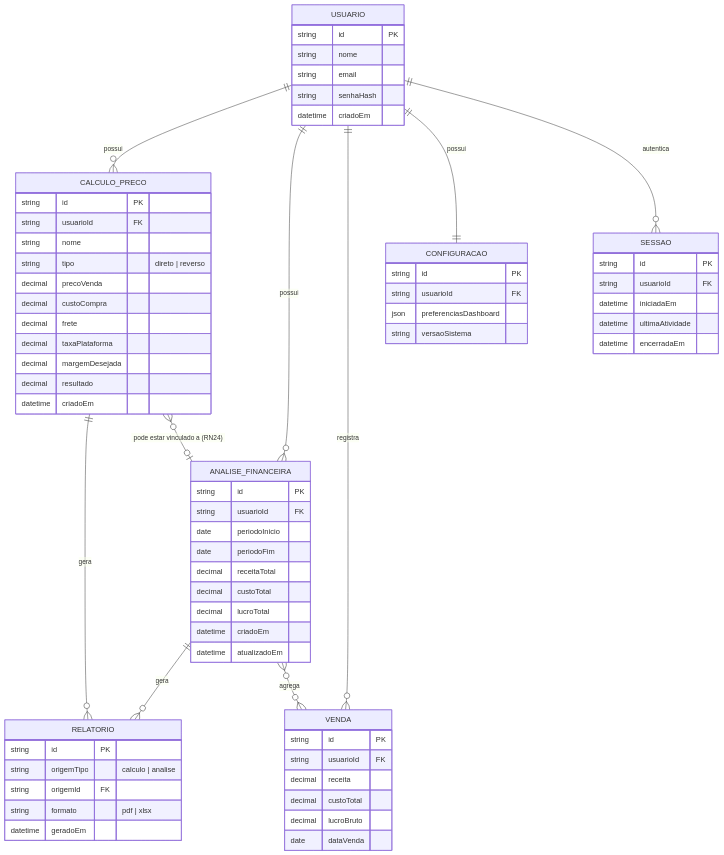
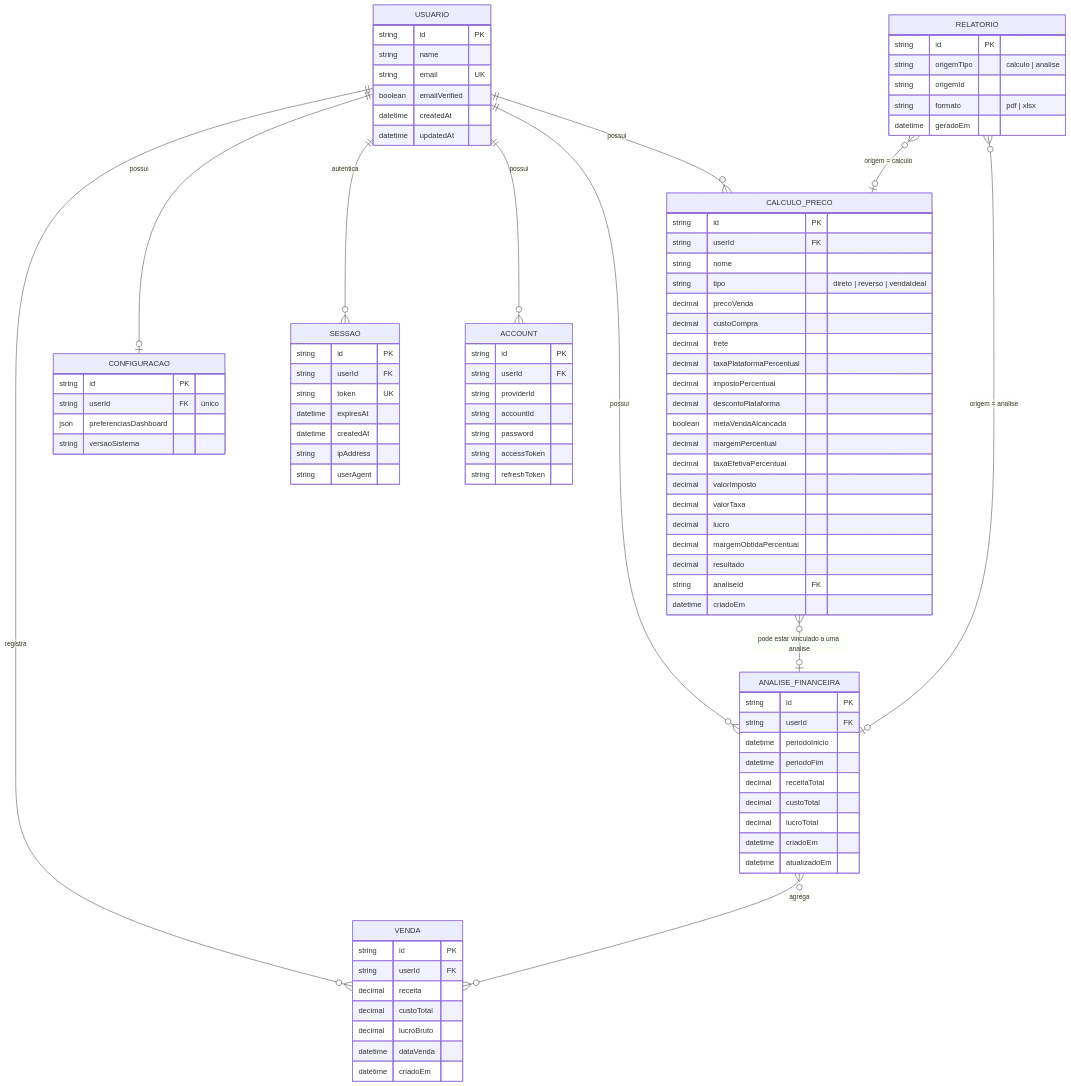
The diagram in docs/modelo-de-dados-mer.md (arianearchanjo/loja-automotiva), drawn with Mermaid before and after one commit. The commit also changed other lines of this file and 13 other files, not shown here.

```diff
--- a/docs/modelo-de-dados-mer.md
+++ b/docs/modelo-de-dados-mer.md
@@ -16,57 +16,81 @@
     USUARIO ||--o{ CALCULO_PRECO : possui
     USUARIO ||--o{ ANALISE_FINANCEIRA : possui
     USUARIO ||--o{ VENDA : registra
-    USUARIO ||--|| CONFIGURACAO : possui
+    USUARIO ||--o| CONFIGURACAO : possui
     USUARIO ||--o{ SESSAO : autentica
-    CALCULO_PRECO ||--o{ RELATORIO : gera
-    ANALISE_FINANCEIRA ||--o{ RELATORIO : gera
+    USUARIO ||--o{ ACCOUNT : possui
     ANALISE_FINANCEIRA }o--o{ VENDA : agrega
-    CALCULO_PRECO }o--o| ANALISE_FINANCEIRA : "pode estar vinculado a (RN24)"
+    CALCULO_PRECO }o--o| ANALISE_FINANCEIRA : "pode estar vinculado a uma analise"
+    RELATORIO }o--o| CALCULO_PRECO : "origem = calculo"
+    RELATORIO }o--o| ANALISE_FINANCEIRA : "origem = analise"
 
     USUARIO {
         string id PK
-        string nome
-        string email
-        string senhaHash
-        datetime criadoEm
+        string name
+        string email UK
+        boolean emailVerified
+        datetime createdAt
+        datetime updatedAt
     }
 
     SESSAO {
         string id PK
-        string usuarioId FK
-        datetime iniciadaEm
-        datetime ultimaAtividade
-        datetime encerradaEm
+        string userId FK
+        string token UK
+        datetime expiresAt
+        datetime createdAt
+        string ipAddress
+        string userAgent
+    }
+
+    ACCOUNT {
+        string id PK
+        string userId FK
+        string providerId
+        string accountId
+        string password
+        string accessToken
+        string refreshToken
     }
 
     CALCULO_PRECO {
         string id PK
-        string usuarioId FK
+        string userId FK
         string nome
-        string tipo "direto | reverso"
+        string tipo "direto | reverso | vendaIdeal"
         decimal precoVenda
         decimal custoCompra
         decimal frete
-        decimal taxaPlataforma
-        decimal margemDesejada
+        decimal taxaPlataformaPercentual
+        decimal impostoPercentual
+        decimal descontoPlataforma
+        boolean metaVendaAlcancada
+        decimal margemPercentual
+        decimal taxaEfetivaPercentual
+        decimal valorImposto
+        decimal valorTaxa
+        decimal lucro
+        decimal margemObtidaPercentual
         decimal resultado
+        string analiseId FK
         datetime criadoEm
     }
 
     VENDA {
         string id PK
-        string usuarioId FK
+        string userId FK
         decimal receita
         decimal custoTotal
         decimal lucroBruto
-        date dataVenda
+        datetime dataVenda
+        datetime criadoEm
     }
 
     ANALISE_FINANCEIRA {
         string id PK
-        string usuarioId FK
-        date periodoInicio
-        date periodoFim
+        string userId FK
+        datetime periodoInicio
+        datetime periodoFim
         decimal receitaTotal
         decimal custoTotal
         decimal lucroTotal
@@ -77,14 +101,14 @@
     RELATORIO {
         string id PK
         string origemTipo "calculo | analise"
-        string origemId FK
+        string origemId
         string formato "pdf | xlsx"
         datetime geradoEm
     }
 
     CONFIGURACAO {
         string id PK
-        string usuarioId FK
+        string userId FK "único"
         json preferenciasDashboard
         string versaoSistema
     }
```
